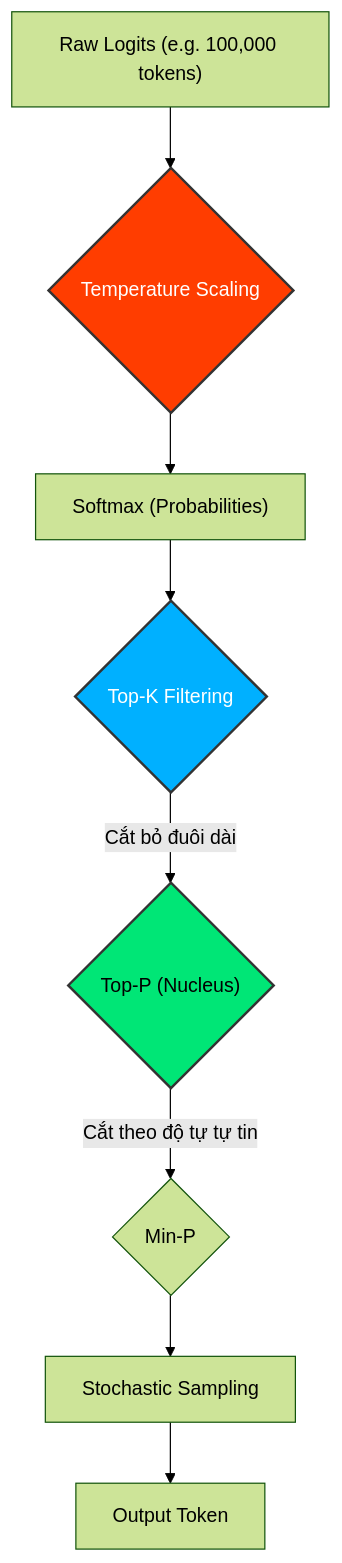
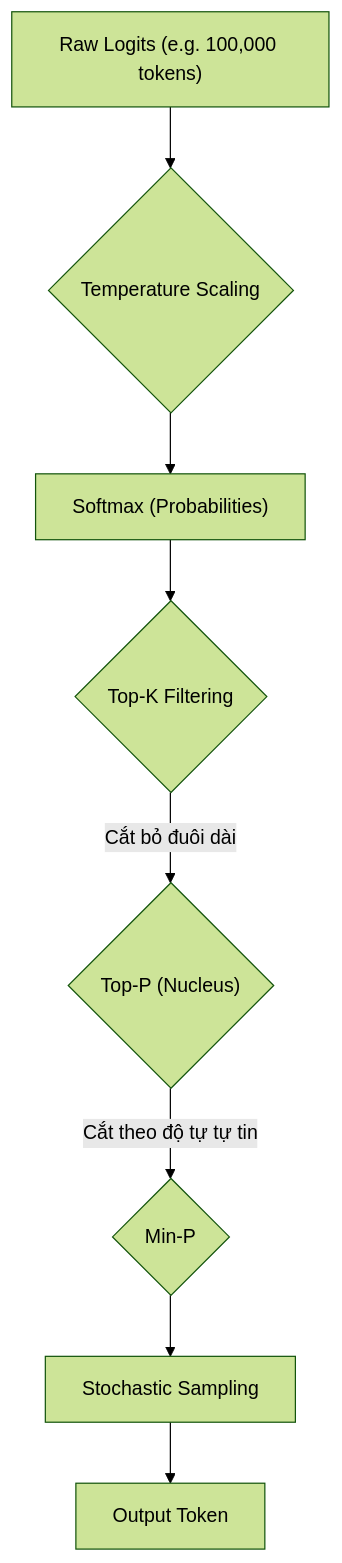
Before and after one commit to kythuatdulieu/kythuatdulieu.github.io: the diagram in src/content/docs/concepts/9-genai-machine-learning/temperature.md, drawn with Mermaid (forest theme). The commit also changed other lines of this file and 682 other files, not shown here.

````diff
--- a/src/content/docs/concepts/9-genai-machine-learning/temperature.md
+++ b/src/content/docs/concepts/9-genai-machine-learning/temperature.md
@@ -40,14 +40,13 @@
 ```mermaid
 graph TD
     A["Raw Logits (e.g. 100,000 tokens)"] --> B{"Temperature Scaling"}
     B --> C["Softmax (Probabilities)"]
     C --> D{"Top-K Filtering"}
     D -->|Cắt bỏ đuôi dài| E{"Top-P (Nucleus)"}
     E -->|Cắt theo độ tự tự tin| F{"Min-P"}
     F --> G["Stochastic Sampling"]
     G --> H["Output Token"]
-    
-    style B fill:#FF3D00,stroke:#333,stroke-width:2px,color:#fff
-    style D fill:#00B0FF,stroke:#333,stroke-width:2px,color:#fff
-    style E fill:#00E676,stroke:#333,stroke-width:2px,color:#000
+
+
+
 ```
````
